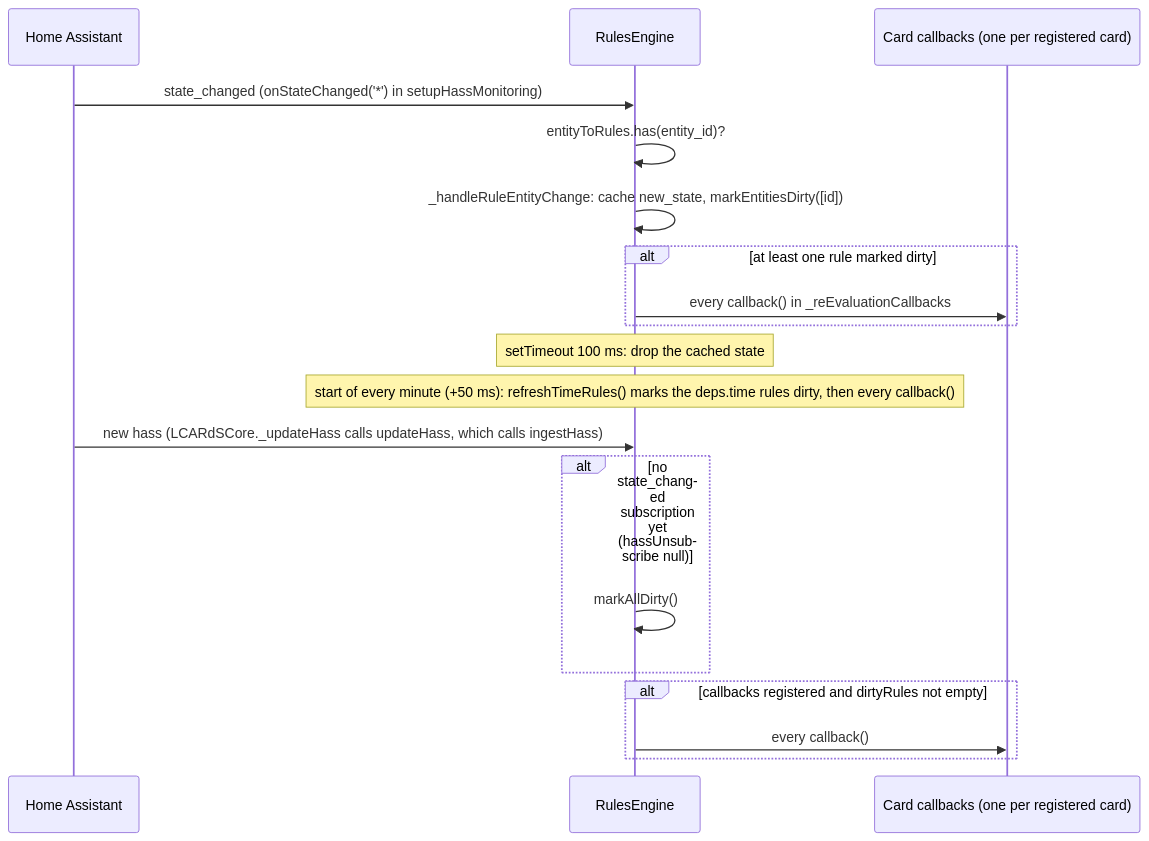
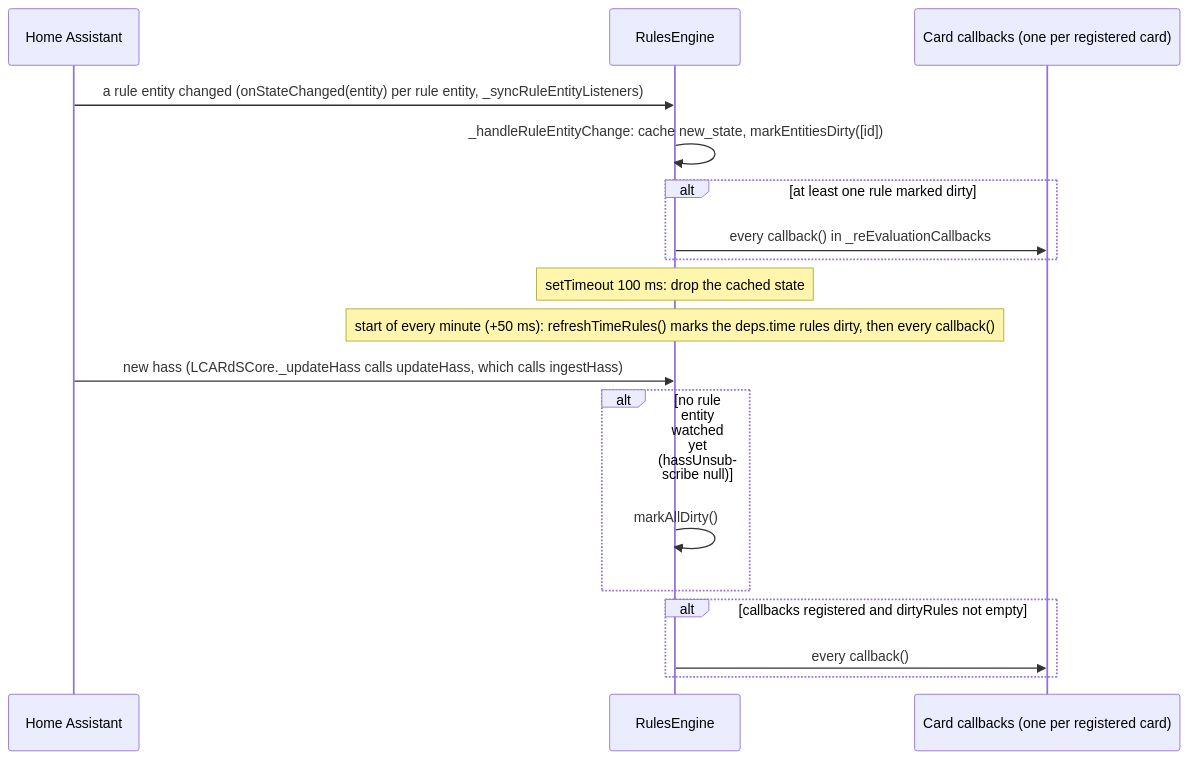
The second of 3 diagrams in doc/architecture/subsystems/rules-engine.md (snootched/lcards), drawn with Mermaid before and after one commit. The commit also changed other lines of this file and 17 other files, not shown here.

````diff
--- a/doc/architecture/subsystems/rules-engine.md
+++ b/doc/architecture/subsystems/rules-engine.md
@@ -223,21 +223,20 @@
 ```mermaid
 sequenceDiagram
     participant HA as Home Assistant
     participant RE as RulesEngine
     participant CB as Card callbacks (one per registered card)
-    HA->>RE: state_changed (onStateChanged('*') in setupHassMonitoring)
-    RE->>RE: entityToRules.has(entity_id)?
+    HA->>RE: a rule entity changed (onStateChanged(entity) per rule entity, _syncRuleEntityListeners)
     RE->>RE: _handleRuleEntityChange: cache new_state, markEntitiesDirty([id])
     alt at least one rule marked dirty
         RE->>CB: every callback() in _reEvaluationCallbacks
     end
     Note over RE: setTimeout 100 ms: drop the cached state
     Note over RE: start of every minute (+50 ms): refreshTimeRules() marks the deps.time rules dirty, then every callback()
     HA->>RE: new hass (LCARdSCore._updateHass calls updateHass, which calls ingestHass)
-    alt no state_changed subscription yet (hassUnsubscribe null)
+    alt no rule entity watched yet (hassUnsubscribe null)
         RE->>RE: markAllDirty()
     end
     alt callbacks registered and dirtyRules not empty
         RE->>CB: every callback()
     end
 ```
````
